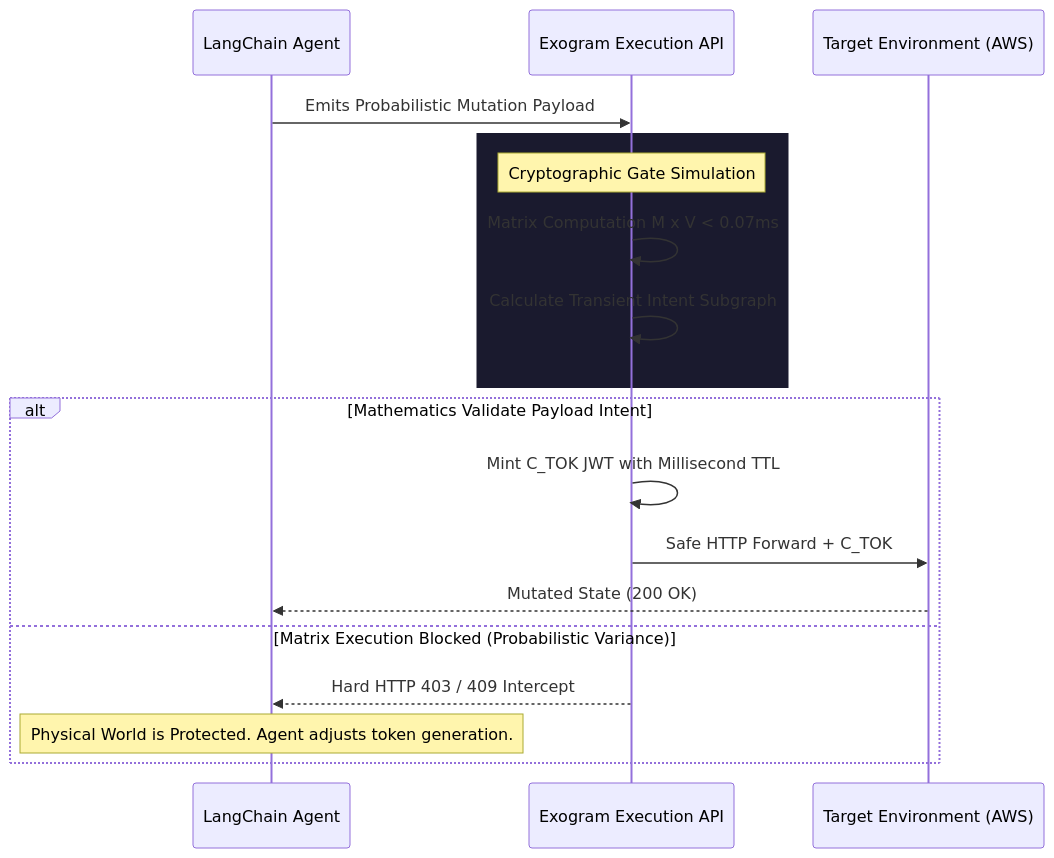
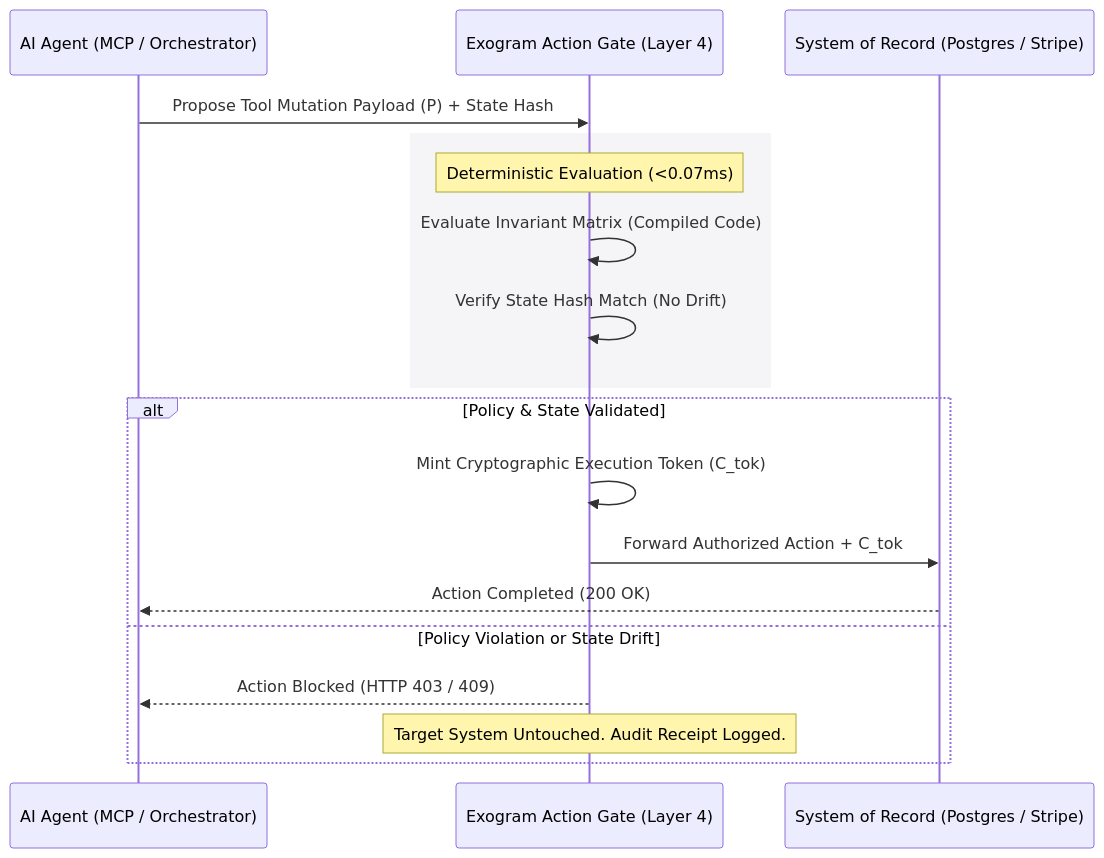
One commit to Richard-Ewing/exogram-protocol-rfc changed the diagram in docs/layer-4-execution-authority.md. Above: the diagram before and after it, drawn with Mermaid. The commit also changed other lines of this file and 4 other files, not shown here.

Commit message:
docs: rebrand Exogram Protocol RFC to 4-layer personal memory and action architecture

````diff
--- a/docs/layer-4-execution-authority.md
+++ b/docs/layer-4-execution-authority.md
@@ -40,23 +62,23 @@
 ```mermaid
 sequenceDiagram
-    participant Agent as LangChain Agent
-    participant Firewall as Exogram Execution API
-    participant JWT_Node as Target Environment (AWS)
+    participant Agent as AI Agent (MCP / Orchestrator)
+    participant Gate as Exogram Action Gate (Layer 4)
+    participant Target as System of Record (Postgres / Stripe)
     
-    Agent->>Firewall: Emits Probabilistic Mutation Payload
+    Agent->>Gate: Propose Tool Mutation Payload (P) + State Hash
     
-    rect rgb(26, 26, 46)
-        Note over Firewall: Cryptographic Gate Simulation
-        Firewall->>Firewall: Matrix Computation M x V  < 0.07ms
-        Firewall->>Firewall: Calculate Transient Intent Subgraph
+    rect rgb(245, 245, 247)
+        Note over Gate: Deterministic Evaluation (<0.07ms)
+        Gate->>Gate: Evaluate Invariant Matrix (Compiled Code)
+        Gate->>Gate: Verify State Hash Match (No Drift)
     end
     
-    alt Mathematics Validate Payload Intent
-        Firewall->>Firewall: Mint C_TOK JWT with Millisecond TTL
-        Firewall->>JWT_Node: Safe HTTP Forward + C_TOK
-        JWT_Node-->>Agent: Mutated State (200 OK)
-    else Matrix Execution Blocked (Probabilistic Variance)
-        Firewall-->>Agent: Hard HTTP 403 / 409 Intercept
-        Note over Agent: Physical World is Protected. Agent adjusts token generation.
+    alt Policy & State Validated
+        Gate->>Gate: Mint Cryptographic Execution Token (C_tok)
+        Gate->>Target: Forward Authorized Action + C_tok
+        Target-->>Agent: Action Completed (200 OK)
+    else Policy Violation or State Drift
+        Gate-->>Agent: Action Blocked (HTTP 403 / 409)
+        Note over Gate: Target System Untouched. Audit Receipt Logged.
     end
 ```
````
